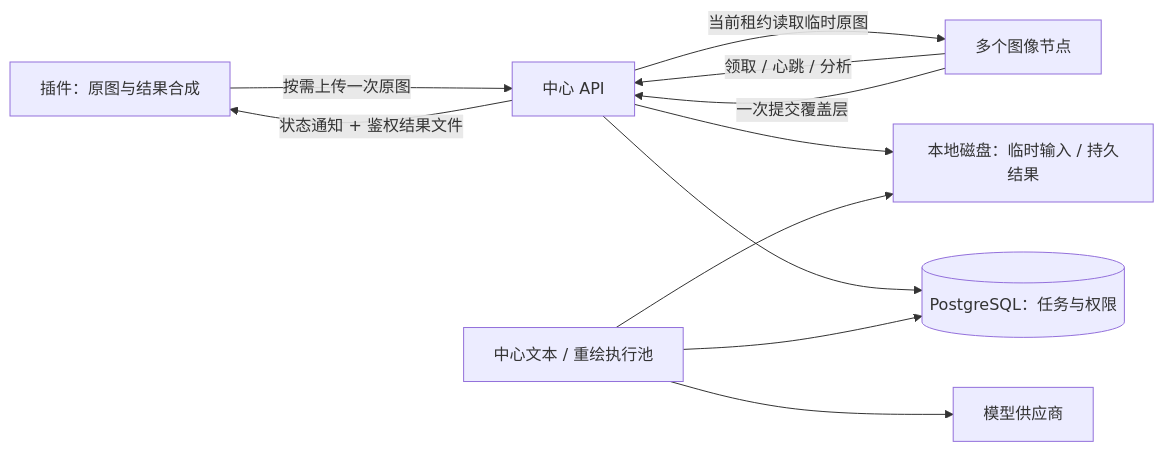
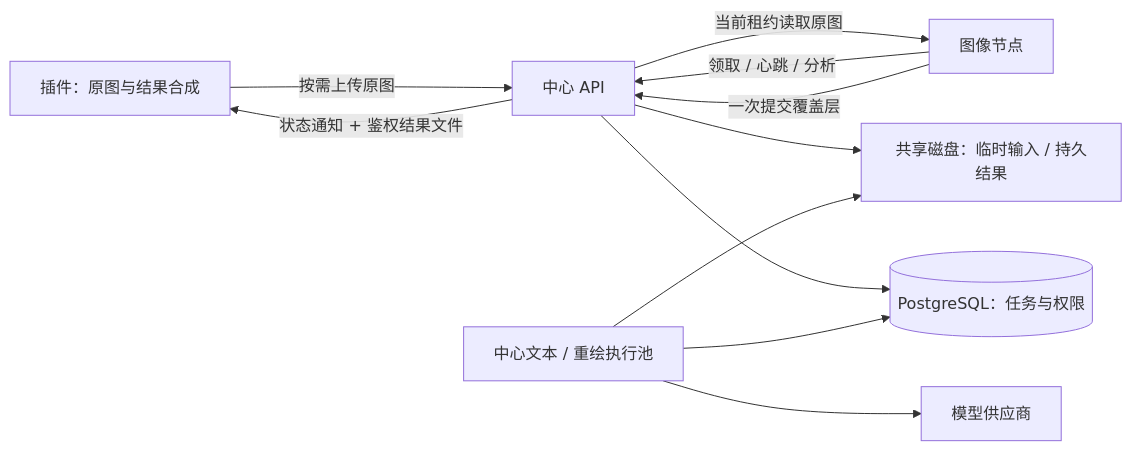
Before and after one commit to Wy2926/node-comics: the diagram in docs/TRANSLATION_CLUSTER_DESIGN.md, drawn with Mermaid. The commit also changed other lines of this file and 99 other files, not shown here.

````diff
--- a/docs/TRANSLATION_CLUSTER_DESIGN.md
+++ b/docs/TRANSLATION_CLUSTER_DESIGN.md
@@ -18,13 +7,13 @@
 ```mermaid
 flowchart LR
-    C[插件：原图与结果合成] -->|按需上传一次原图| A[中心 API]
+    C[插件：原图与结果合成] -->|按需上传原图| A[中心 API]
     A --> D[(PostgreSQL：任务与权限)]
-    A --> F[本地磁盘：临时输入 / 持久结果]
-    N[多个图像节点] -->|领取 / 心跳 / 分析| A
-    A -->|当前租约读取临时原图| N
+    A --> F[共享磁盘：临时输入 / 持久结果]
+    N[图像节点] -->|领取 / 心跳 / 分析| A
+    A -->|当前租约读取原图| N
     N -->|一次提交覆盖层| A
     W[中心文本 / 重绘执行池] --> D
     W --> P[模型供应商]
     W --> F
     A -->|状态通知 + 鉴权结果文件| C
 ```
````
